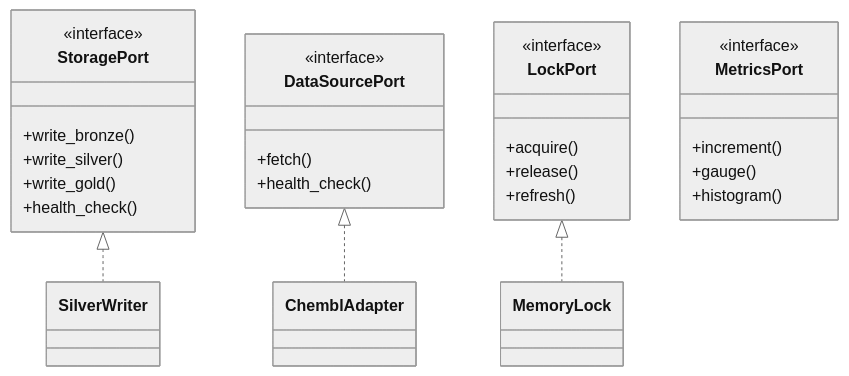
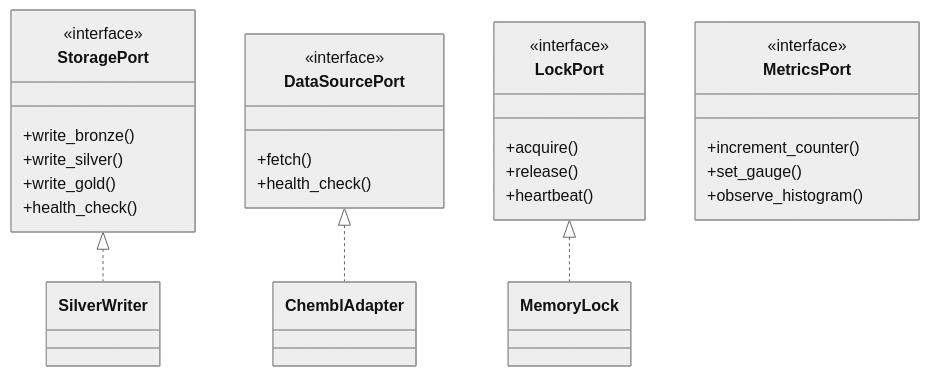
One commit to SatoryKono/BioactivityDataAcquisition changed the diagram in docs/04-reference/api/domain.md. Above: the diagram before and after it, drawn with Mermaid (neutral theme). The commit also changed other lines of this file and 41 other files, not shown here.

Commit message:
docs: sync architecture and runbook references with codebase

````diff
--- a/docs/04-reference/api/domain.md
+++ b/docs/04-reference/api/domain.md
@@ -7,34 +7,34 @@
 ```mermaid
 classDiagram
     class StoragePort {
         <<interface>>
         +write_bronze()
         +write_silver()
         +write_gold()
         +health_check()
     }
 
     class DataSourcePort {
         <<interface>>
         +fetch()
         +health_check()
     }
 
     class LockPort {
         <<interface>>
         +acquire()
         +release()
-        +refresh()
+        +heartbeat()
     }
 
     class MetricsPort {
         <<interface>>
-        +increment()
-        +gauge()
-        +histogram()
+        +increment_counter()
+        +set_gauge()
+        +observe_histogram()
     }
 
     StoragePort <|.. SilverWriter
     DataSourcePort <|.. ChemblAdapter
     LockPort <|.. MemoryLock
 ```
````
